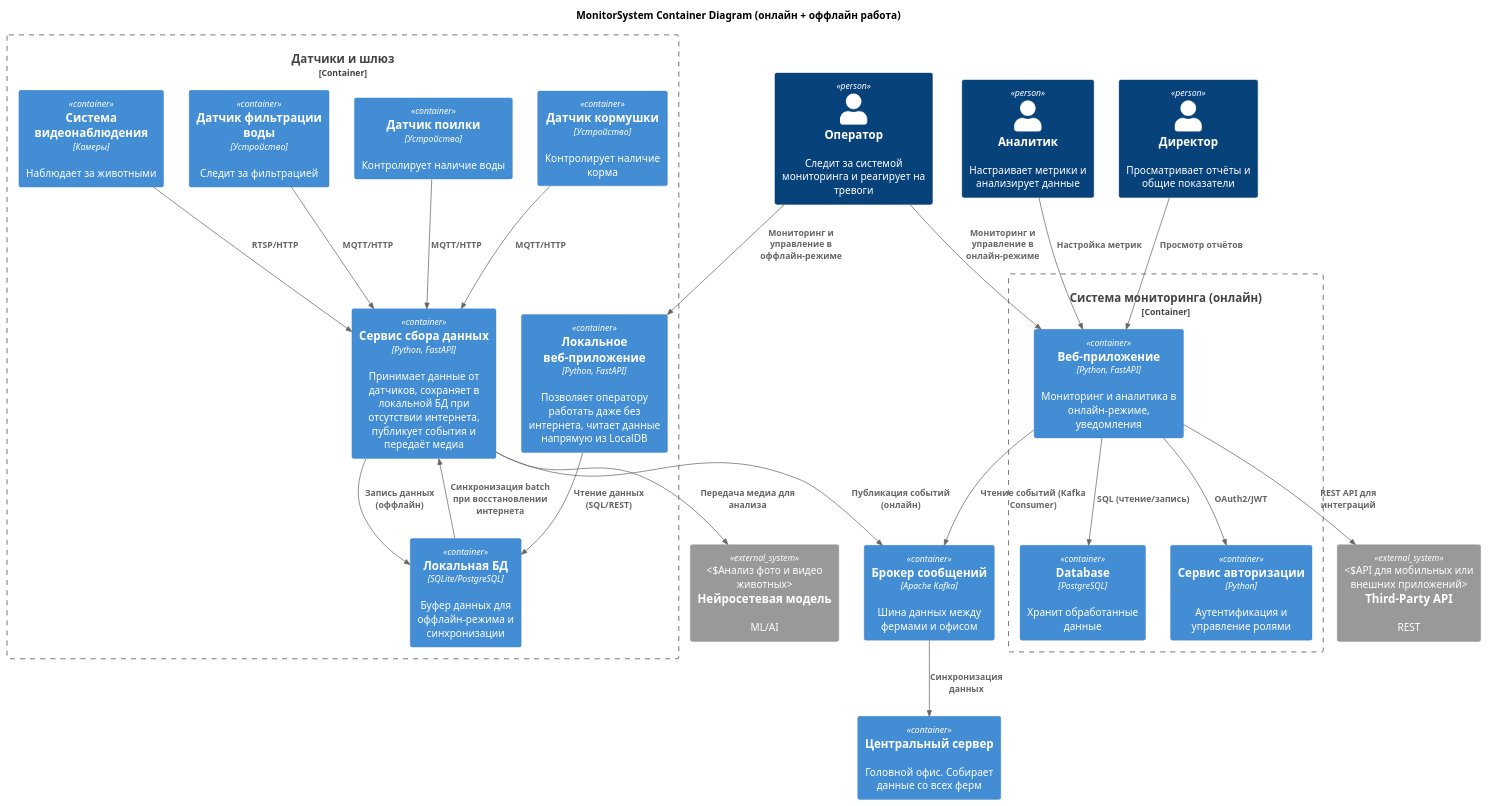
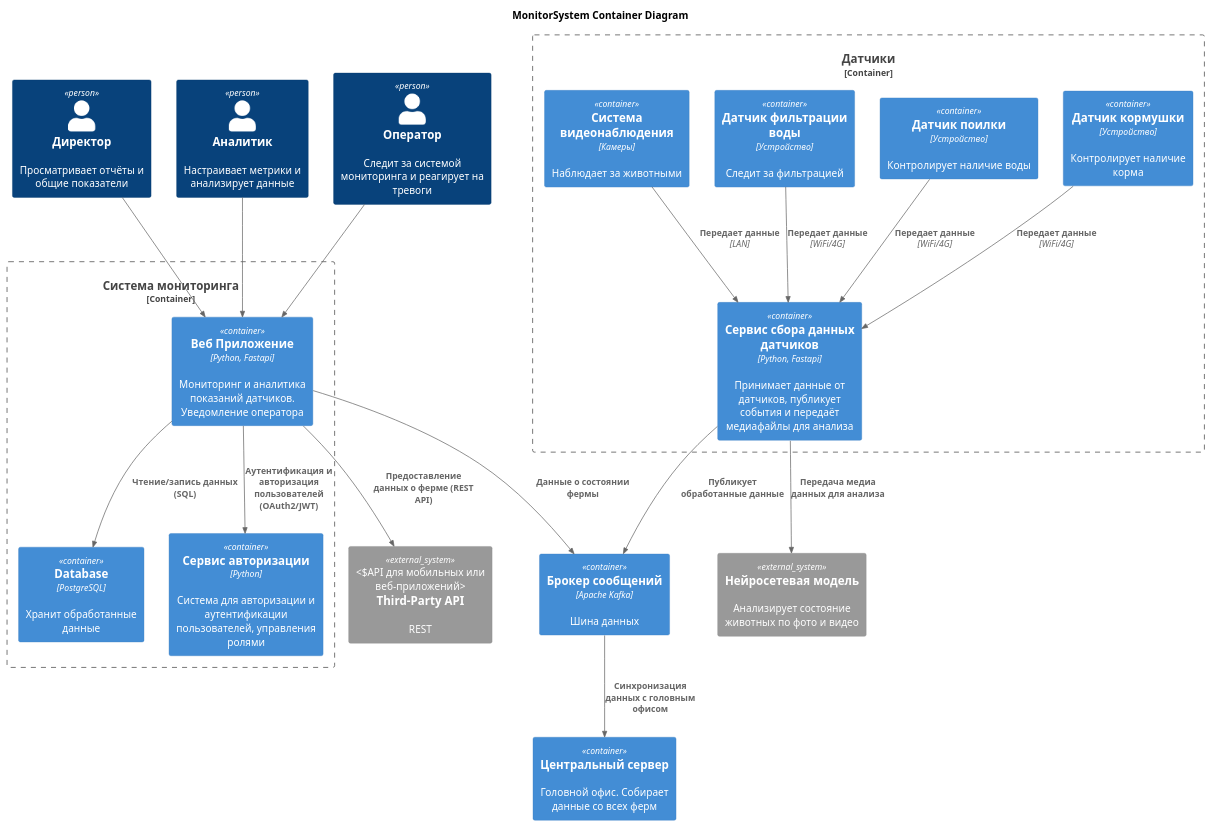
One commit to VadimVolkovsky/MSA-AgroTech changed the diagram in Task2/container_reserve_solution.puml. Above: the diagram before and after it, drawn with PlantUML. The commit also changed 5 other files, not shown here.

```diff
--- a/Task2/container_reserve_solution.puml
+++ b/Task2/container_reserve_solution.puml
@@ -1,57 +1,52 @@
 @startuml
 !include C4_Container.puml
 
-title MonitorSystem Container Diagram (онлайн + оффлайн работа)
+title MonitorSystem Container Diagram
 
 top to bottom direction
 
 Person(director, "Директор", "Просматривает отчёты и общие показатели")
 Person(analyst, "Аналитик", "Настраивает метрики и анализирует данные")
 Person(operator, "Оператор", "Следит за системой мониторинга и реагирует на тревоги")
 
-Container_Boundary(Sensors, "Датчики и шлюз") {
+Container_Boundary(Sensors, "Датчики") {
   Container(FoodSensor, "Датчик кормушки", "Устройство", "Контролирует наличие корма")
   Container(WaterSensor, "Датчик поилки", "Устройство", "Контролирует наличие воды")
   Container(WaterFilterSensor, "Датчик фильтрации воды", "Устройство", "Следит за фильтрацией")
-  Container(AnimalTracker, "Система видеонаблюдения", "Камеры", "Наблюдает за животными")
-
-  Container(SensorTracker, "Сервис сбора данных", "Python, FastAPI", "Принимает данные от датчиков, сохраняет в локальной БД при отсутствии интернета, публикует события и передаёт медиа")
-  Container(LocalDB, "Локальная БД", "SQLite/PostgreSQL", "Буфер данных для оффлайн-режима и синхронизации")
-  Container(LocalUI, "Локальное веб-приложение", "Python, FastAPI", "Позволяет оператору работать даже без интернета, читает данные напрямую из LocalDB")
+  Container(VideoSystem, "Система видеонаблюдения", "Камеры", "Наблюдает за животными")
+  Container(SensorTracker, "Сервис сбора данных датчиков", "Python, Fastapi", "Принимает данные от датчиков, публикует события и передаёт медиафайлы для анализа")
 }
 
-Container(kafka, "Брокер сообщений", "Apache Kafka", "Шина данных между фермами и офисом")
+Container(kafka, "Брокер сообщений", "Apache Kafka", "Шина данных")
 Container(HeadOfficeSystem, "Центральный сервер", "", "Головной офис. Собирает данные со всех ферм")
 
-Container_Boundary(MonitorSystem, "Система мониторинга (онлайн)") {
-  Container(MainApp, "Веб-приложение", "Python, FastAPI", "Мониторинг и аналитика в онлайн-режиме, уведомления")
+
+Container_Boundary(MonitorSystem, "Система мониторинга") {
+  Container(MainApp, "Веб Приложение", "Python, Fastapi", "Мониторинг и аналитика показаний датчиков. Уведомление оператора")
   Container(Database, "Database", "PostgreSQL", "Хранит обработанные данные")
-  Container(AuthService, "Сервис авторизации", "Python", "Аутентификация и управление ролями")
+  Container(AuthService, "Сервис авторизации", "Python", "Система для авторизации и аутентификации пользователей, управления ролями")
 }
 
-System_Ext(api, "Third-Party API", "REST", "API для мобильных или внешних приложений")
-System_Ext(AI_model, "Нейросетевая модель", "ML/AI", "Анализ фото и видео животных")
+System_Ext(api, "Third-Party API", "REST", "API для мобильных или веб-приложений")
+System_Ext(AI_model, "Нейросетевая модель", "Анализирует состояние животных по фото и видео")
 
-' --- Relations ---
-Rel(operator, LocalUI, "Мониторинг и управление в оффлайн-режиме")
-Rel(operator, MainApp, "Мониторинг и управление в онлайн-режиме")
-Rel(director, MainApp, "Просмотр отчётов")
-Rel(analyst, MainApp, "Настройка метрик")
 
-Rel(FoodSensor, SensorTracker, "MQTT/HTTP")
-Rel(WaterSensor, SensorTracker, "MQTT/HTTP")
-Rel(WaterFilterSensor, SensorTracker, "MQTT/HTTP")
-Rel(AnimalTracker, SensorTracker, "RTSP/HTTP")
+Rel(operator, MainApp, "")
+Rel(director, MainApp, "")
+Rel(analyst, MainApp, "")
 
-Rel(SensorTracker, LocalDB, "Запись данных (оффлайн)")
-Rel(LocalUI, LocalDB, "Чтение данных (SQL/REST)")
-Rel(LocalDB, SensorTracker, "Синхронизация batch при восстановлении интернета")
-Rel(SensorTracker, kafka, "Публикация событий (онлайн)")
-Rel(SensorTracker, AI_model, "Передача медиа для анализа")
+Rel(FoodSensor,SensorTracker,"Передает данные", "WiFi/4G")
+Rel(WaterSensor,SensorTracker, "Передает данные", "WiFi/4G")
+Rel(WaterFilterSensor,SensorTracker, "Передает данные", "WiFi/4G")
+Rel(VideoSystem,SensorTracker, "Передает данные", "LAN")
+Rel(SensorTracker,kafka, "Публикует обработанные данные")
+Rel(SensorTracker,AI_model,"Передача медиа данных для анализа")
 
-Rel(MainApp, kafka, "Чтение событий (Kafka Consumer)")
-Rel(MainApp, AuthService, "OAuth2/JWT")
-Rel(kafka, HeadOfficeSystem, "Синхронизация данных")
-Rel(MainApp, Database, "SQL (чтение/запись)")
-Rel(MainApp, api, "REST API для интеграций")
+Rel(MainApp,kafka,"Данные о состоянии фермы")
+Rel(MainApp, AuthService, "Аутентификация и авторизация пользователей (OAuth2/JWT)")
+Rel(MainApp, Database, "Чтение/запись данных (SQL)")
+Rel(MainApp, api, "Предоставление данных о ферме (REST API)")
+
+Rel(kafka,HeadOfficeSystem, "Синхронизация данных с головным офисом")
+
 @enduml
```
